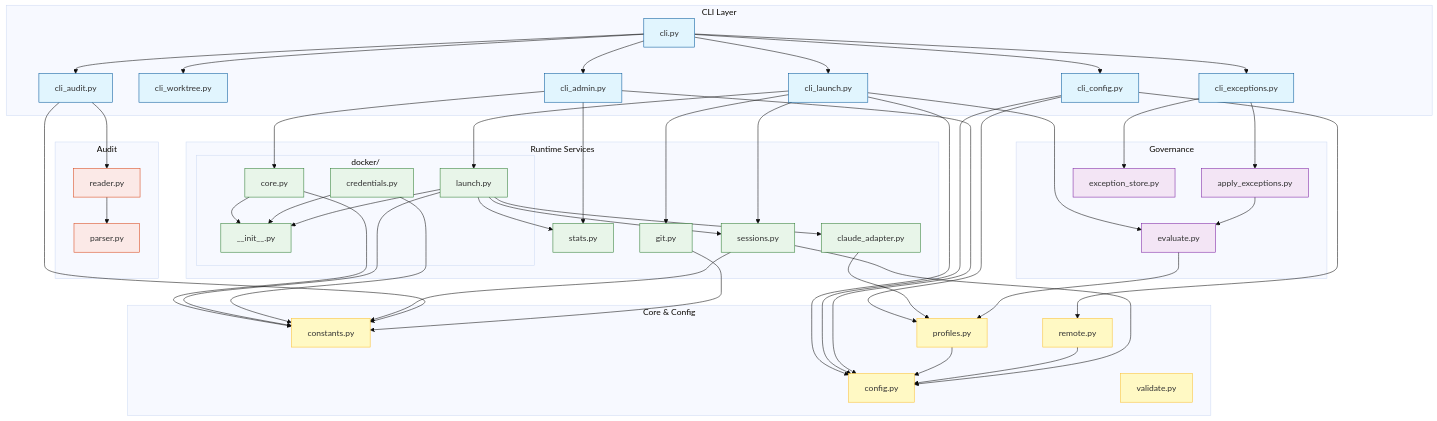
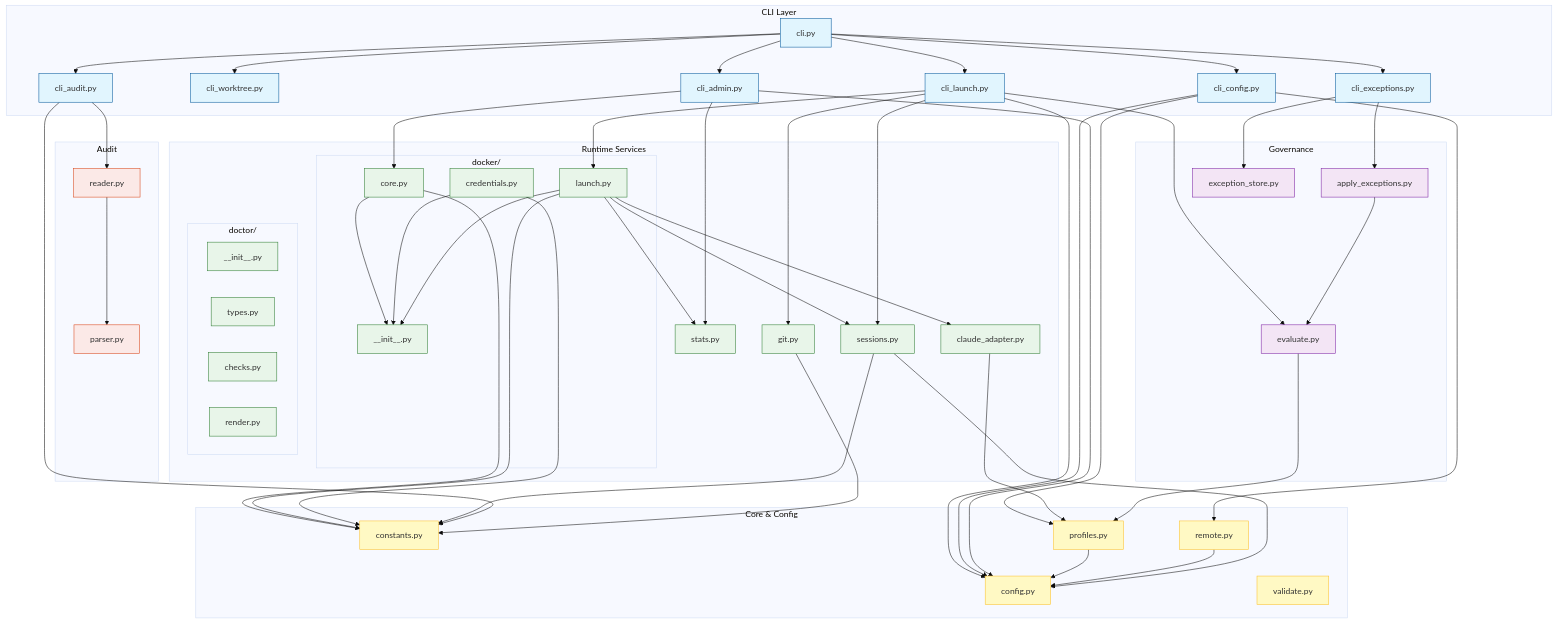
The fourth of 6 diagrams in docs/ARCHITECTURE.md (CCimen/scc), drawn with Mermaid (base theme) before and after one commit. The commit also changed other lines of this file and 6 other files, not shown here.

```diff
--- a/docs/ARCHITECTURE.md
+++ b/docs/ARCHITECTURE.md
@@ -243,6 +243,12 @@
             DockerCore[core.py]:::runtime
             DockerCreds[credentials.py]:::runtime
             DockerLaunch[launch.py]:::runtime
+        end
+        subgraph DoctorPkg[doctor/]
+            DoctorInit[__init__.py]:::runtime
+            DoctorTypes[types.py]:::runtime
+            DoctorChecks[checks.py]:::runtime
+            DoctorRender[render.py]:::runtime
         end
         Adapter[claude_adapter.py]:::runtime
         Git[git.py]:::runtime
```
